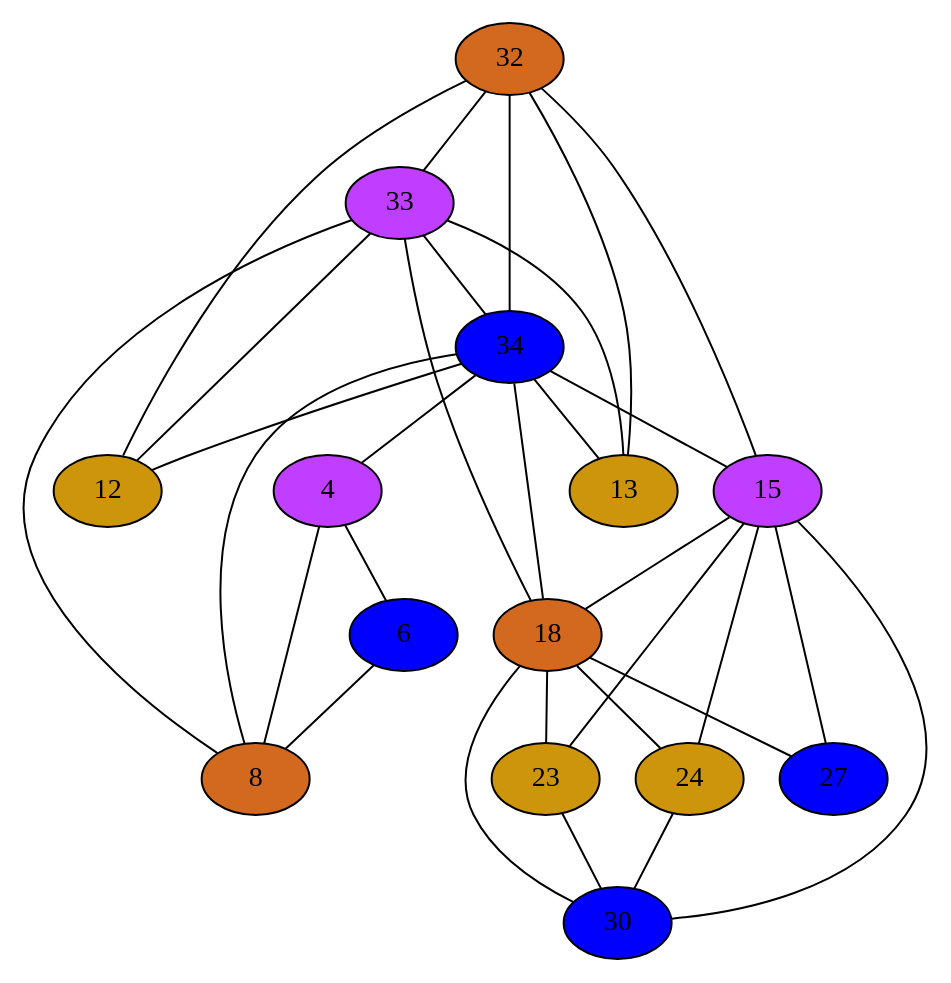
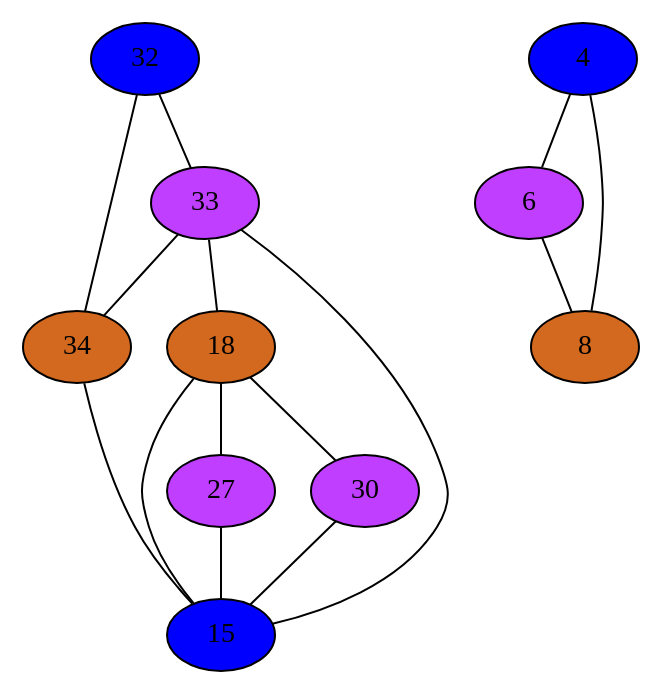
Before and after one commit to mbajaj92/Project-Astoria: the diagram in Compiler/10iGraph.dot, drawn with Graphviz. The commit also changed 211 other files, not shown here.

```diff
--- a/Compiler/10iGraph.dot
+++ b/Compiler/10iGraph.dot
@@ -1,76 +1,40 @@
 strict graph {
-32[label="32" style=filled fillcolor="chocolate"];
+32[label="32" style=filled fillcolor="blue1"];
 32 -- 33
 32 -- 34
-32 -- 12
-32 -- 13
-32 -- 15
 33[label="33" style=filled fillcolor="darkorchid1"];
 33 -- 32
 33 -- 34
 33 -- 18
-33 -- 8
-33 -- 12
-33 -- 13
-34[label="34" style=filled fillcolor="blue1"];
+33 -- 15
+34[label="34" style=filled fillcolor="chocolate"];
 34 -- 32
 34 -- 33
-34 -- 18
-34 -- 4
-34 -- 8
-34 -- 12
-34 -- 13
 34 -- 15
-4[label="4" style=filled fillcolor="darkorchid1"];
-4 -- 34
+18[label="18" style=filled fillcolor="chocolate"];
+18 -- 33
+18 -- 27
+18 -- 30
+18 -- 15
+4[label="4" style=filled fillcolor="blue1"];
 4 -- 6
 4 -- 8
-6[label="6" style=filled fillcolor="blue1"];
+6[label="6" style=filled fillcolor="darkorchid1"];
 6 -- 4
 6 -- 8
 8[label="8" style=filled fillcolor="chocolate"];
-8 -- 33
-8 -- 34
 8 -- 4
 8 -- 6
-12[label="12" style=filled fillcolor="darkgoldenrod3"];
-12 -- 32
-12 -- 33
-12 -- 34
-13[label="13" style=filled fillcolor="darkgoldenrod3"];
-13 -- 32
-13 -- 33
-13 -- 34
-15[label="15" style=filled fillcolor="darkorchid1"];
-15 -- 32
+27[label="27" style=filled fillcolor="darkorchid1"];
+27 -- 18
+27 -- 15
+30[label="30" style=filled fillcolor="darkorchid1"];
+30 -- 18
+30 -- 15
+15[label="15" style=filled fillcolor="blue1"];
+15 -- 33
+15 -- 18
 15 -- 34
-15 -- 18
-15 -- 23
-15 -- 24
 15 -- 27
 15 -- 30
-18[label="18" style=filled fillcolor="chocolate"];
-18 -- 33
-18 -- 34
-18 -- 23
-18 -- 24
-18 -- 27
-18 -- 30
-18 -- 15
-23[label="23" style=filled fillcolor="darkgoldenrod3"];
-23 -- 18
-23 -- 30
-23 -- 15
-24[label="24" style=filled fillcolor="darkgoldenrod3"];
-24 -- 18
-24 -- 30
-24 -- 15
-27[label="27" style=filled fillcolor="blue1"];
-27 -- 18
-27 -- 15
-30[label="30" style=filled fillcolor="blue1"];
-30 -- 18
-30 -- 23
-30 -- 24
-30 -- 15
 }
```
